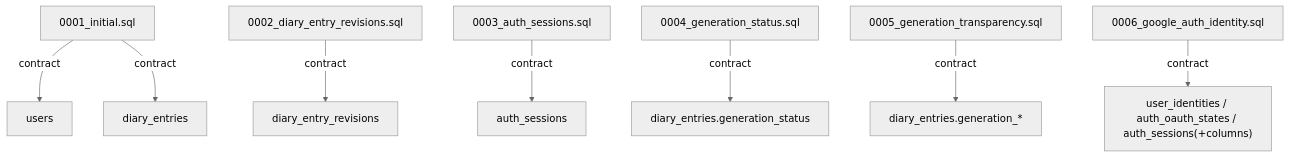
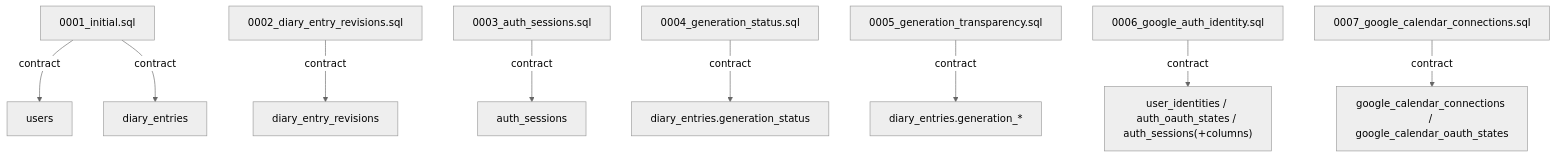
One commit to YotaroMatsui/future_diary changed the diagram in packages/db/src/migrations/README.md. Above: the diagram before and after it, drawn with Mermaid (neutral theme). The commit also changed other lines of this file and 22 other files, not shown here.

Commit message:
feat: add Google Calendar integration to draft generation

````diff
--- a/packages/db/src/migrations/README.md
+++ b/packages/db/src/migrations/README.md
@@ -174,10 +179,11 @@
 ```mermaid
 flowchart TD
   SQL["0001_initial.sql"] -->|"contract"| U["users"]
   SQL -->|"contract"| D["diary_entries"]
   SQL2["0002_diary_entry_revisions.sql"] -->|"contract"| DR["diary_entry_revisions"]
   SQL3["0003_auth_sessions.sql"] -->|"contract"| AS["auth_sessions"]
   SQL4["0004_generation_status.sql"] -->|"contract"| GS["diary_entries.generation_status"]
   SQL5["0005_generation_transparency.sql"] -->|"contract"| GT["diary_entries.generation_*"]
   SQL6["0006_google_auth_identity.sql"] -->|"contract"| UI["user_identities / auth_oauth_states / auth_sessions(+columns)"]
+  SQL7["0007_google_calendar_connections.sql"] -->|"contract"| GC["google_calendar_connections / google_calendar_oauth_states"]
 ```
````
